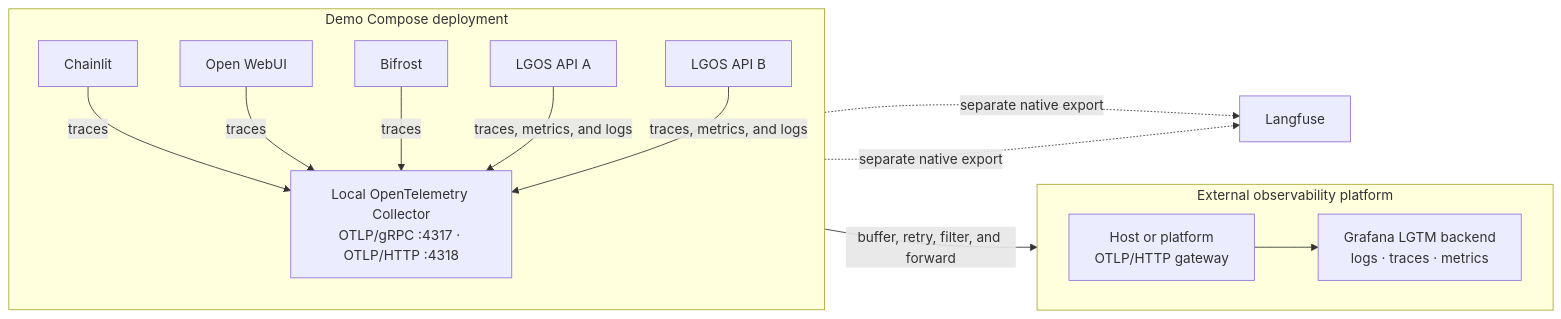
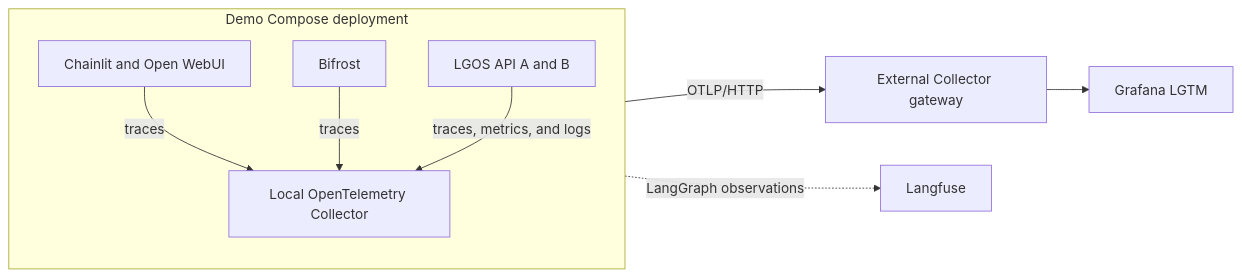
Before and after one commit to ilkersigirci/langgraph-openai-serve: the second of 2 diagrams in docs/demo/architecture.md, drawn with Mermaid. The commit also changed other lines of this file and 21 other files, not shown here.

Commit message:
feat: demo graphs visual examples added

````diff
--- a/docs/demo/architecture.md
+++ b/docs/demo/architecture.md
@@ -69,28 +72,18 @@
 ```mermaid
 flowchart LR
   subgraph demo["Demo Compose deployment"]
     direction TB
-    chainlit_otel["Chainlit"]
-    openwebui_otel["Open WebUI"]
+    clients_otel["Chainlit and Open WebUI"]
     bifrost_otel["Bifrost"]
-    api_a_otel["LGOS API A"]
-    api_b_otel["LGOS API B"]
-    collector["Local OpenTelemetry Collector<br/>OTLP/gRPC :4317 · OTLP/HTTP :4318"]
-    chainlit_otel -->|"traces"| collector
-    openwebui_otel -->|"traces"| collector
+    apis_otel["LGOS API A and B"]
+    collector["Local OpenTelemetry Collector"]
+
+    clients_otel -->|"traces"| collector
     bifrost_otel -->|"traces"| collector
-    api_a_otel -->|"traces, metrics, and logs"| collector
-    api_b_otel -->|"traces, metrics, and logs"| collector
+    apis_otel -->|"traces, metrics, and logs"| collector
   end
 
-  subgraph external["External observability platform"]
-    direction LR
-    gateway["Host or platform<br/>OTLP/HTTP gateway"]
-    lgtm["Grafana LGTM backend<br/>logs · traces · metrics"]
-    gateway --> lgtm
-  end
-
-  collector -->|"buffer, retry, filter, and forward"| gateway
-  api_a_otel -.->|"separate native export"| langfuse["Langfuse"]
-  api_b_otel -.->|"separate native export"| langfuse
+  collector -->|"OTLP/HTTP"| gateway["External Collector gateway"]
+  gateway --> lgtm["Grafana LGTM"]
+  apis_otel -.->|"LangGraph observations"| langfuse_otel["Langfuse"]
 ```
````
